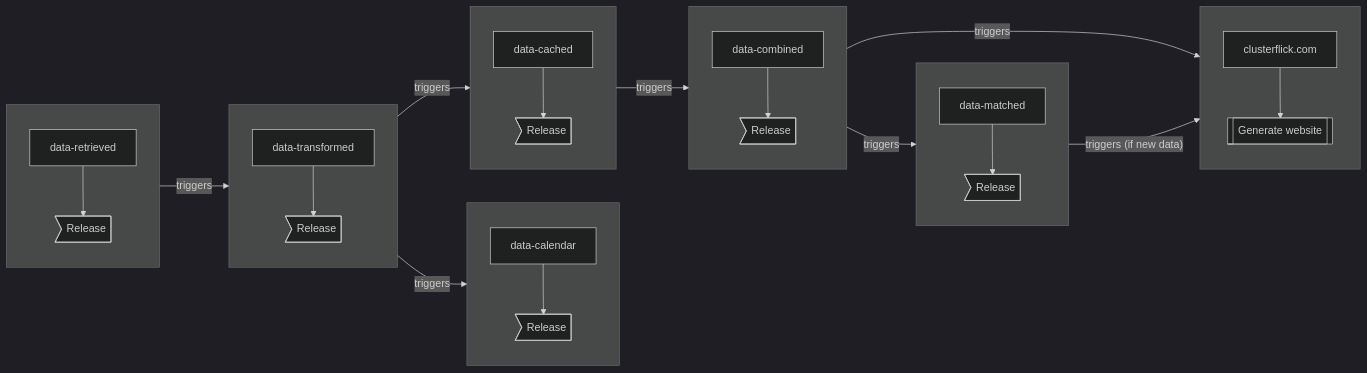
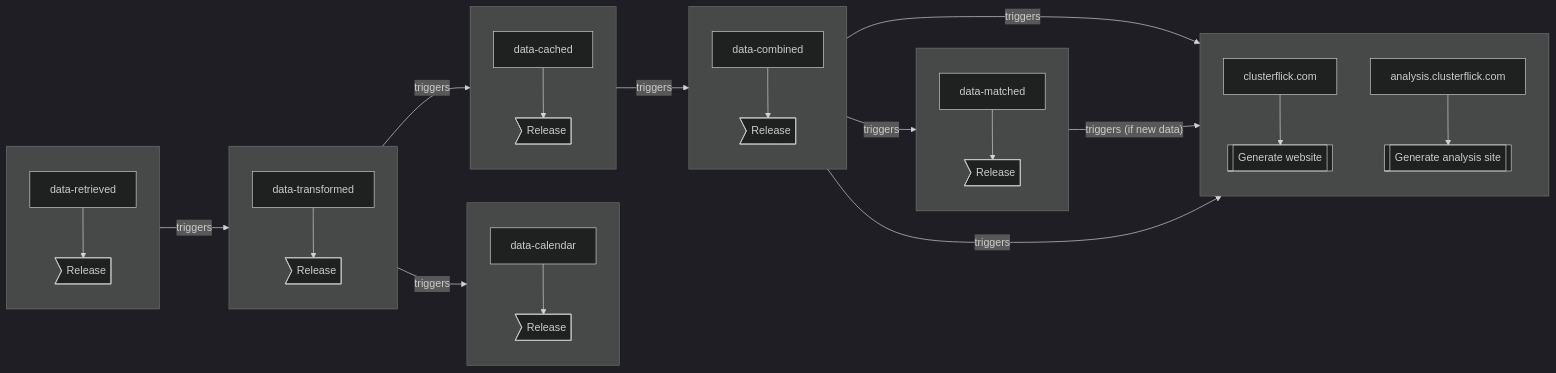
The diagram in profile/README.md (clusterflick/.github), drawn with Mermaid (dark theme) before and after one commit. The commit also changed other lines of this file, not shown here.

Commit message:
Add analysis.clusterflick.com to pipeline docs and build status

````diff
--- a/profile/README.md
+++ b/profile/README.md
@@ -19,53 +20,55 @@
 ```mermaid
 flowchart LR
     retrieved["data-retrieved"]
     transformed["data-transformed"]
     calendar["data-calendar"]
     cached["data-cached"]
     combined["data-combined"]
     matched["data-matched"]
 
     subgraph retrival[" "]
         direction TB
         retrieved --> retrival-release>Release]
     end
 
     subgraph transformation[" "]
         direction TB
         transformed --> transformation-release>Release]
     end
 
     subgraph calendars[" "]
         direction TB
         calendar --> calendar-release>Release]
     end
 
     subgraph caching[" "]
         direction TB
         cached --> cached-release>Release]
     end
 
     subgraph combination[" "]
         direction TB
         combined --> combined-release>Release]
     end
 
     subgraph matching[" "]
         direction TB
         matched --> matched-release>Release]
     end
 
     subgraph website[" "]
         direction TB
         clusterflick.com --> id1[[Generate website]]
+        analysis["analysis.clusterflick.com"] --> id2[[Generate analysis site]]
     end
 
     retrival --triggers--> transformation
     transformation --triggers--> calendars
     transformation --triggers--> caching
     caching --triggers--> combination
     combination --triggers--> matching
     combination --triggers--> website
     matching --"triggers (if new data)"--> website
+    combination --triggers--> analysis
 
 ```
````
